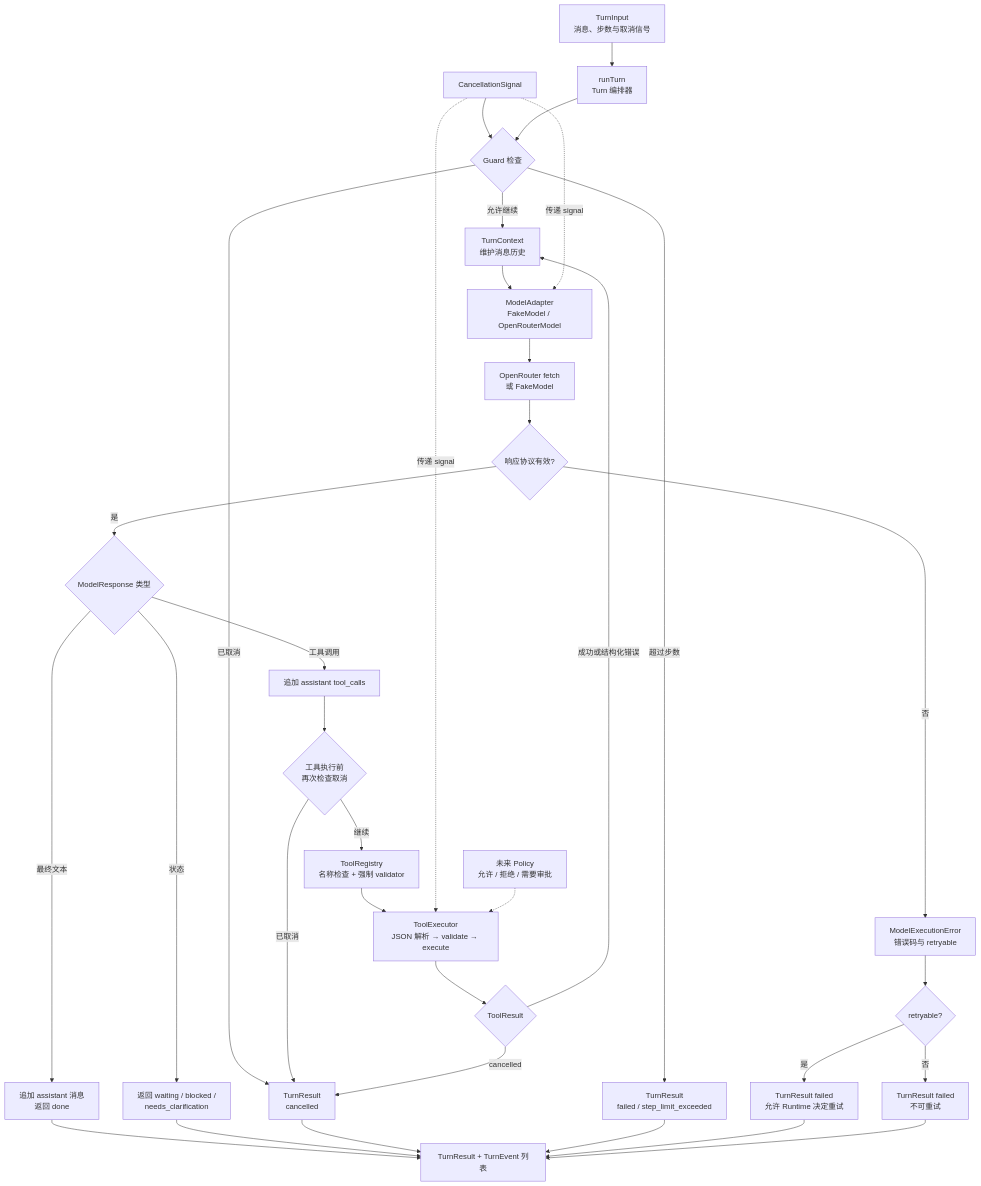
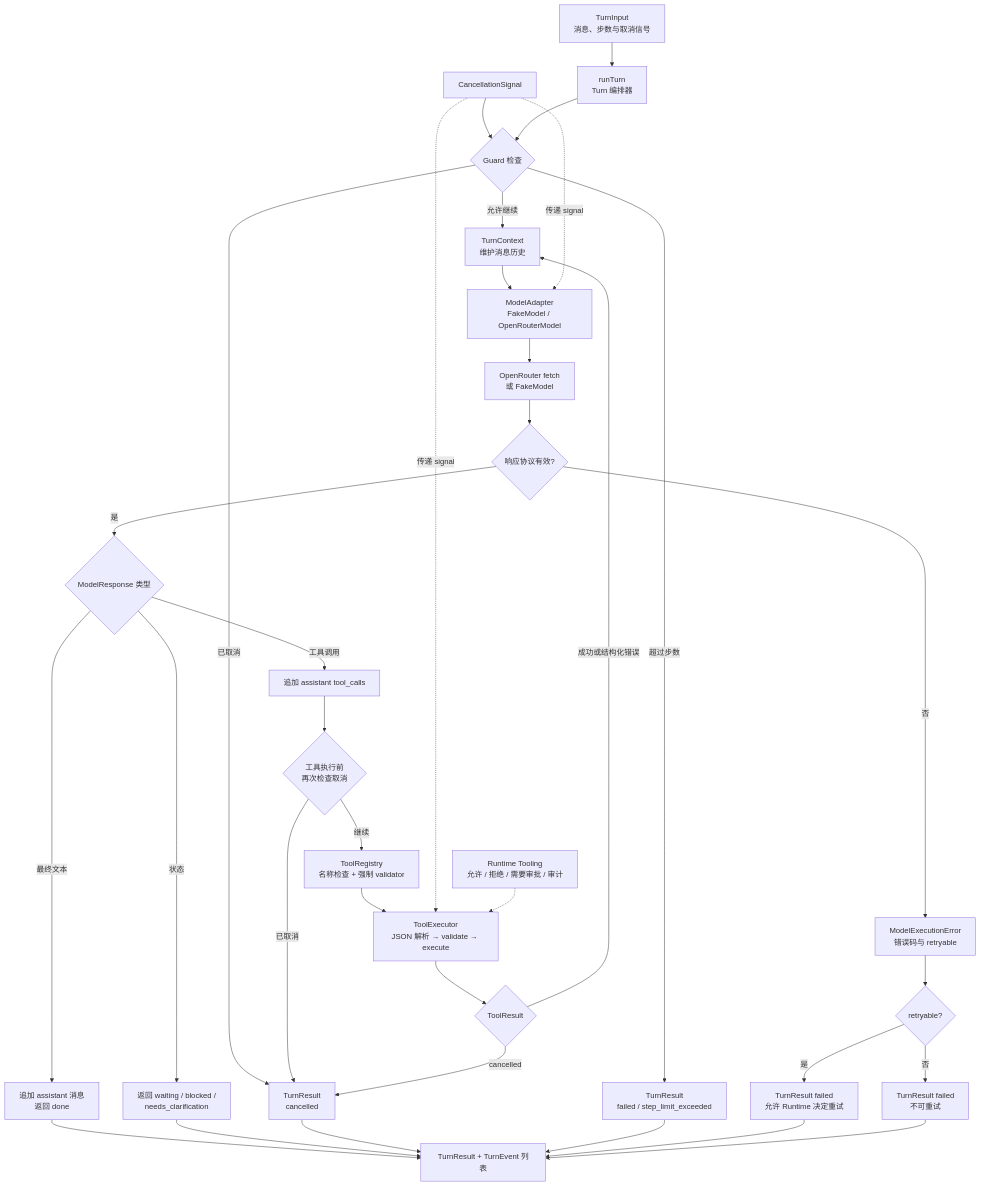
One commit to ShawnDen-coder/fastmpa changed the diagram in packages/agent-core/docs/architecture.mmd. Above: the diagram before and after it, drawn with Mermaid. The commit also changed 9 other files, not shown here.

Commit message:
Refresh architecture and product documentation

```diff
--- a/packages/agent-core/docs/architecture.mmd
+++ b/packages/agent-core/docs/architecture.mmd
@@ -1,43 +1,43 @@
 %% agent-core 一次 Turn 的控制流、取消传播与错误边界
 flowchart TD
     Input[TurnInput<br/>消息、步数与取消信号] --> Run[runTurn<br/>Turn 编排器]
     Signal[CancellationSignal] --> Guard{Guard 检查}
     Run --> Guard
 
     Guard -->|已取消| Cancel[TurnResult<br/>cancelled]
     Guard -->|超过步数| Limit[TurnResult<br/>failed / step_limit_exceeded]
     Guard -->|允许继续| Context[TurnContext<br/>维护消息历史]
 
     Context --> Model[ModelAdapter<br/>FakeModel / OpenRouterModel]
     Signal -.->|传递 signal| Model
     Model --> Provider[OpenRouter fetch<br/>或 FakeModel]
     Provider --> Parse{响应协议有效?}
     Parse -->|否| ModelError[ModelExecutionError<br/>错误码与 retryable]
     Parse -->|是| Response{ModelResponse 类型}
 
     ModelError --> Retry{retryable?}
     Retry -->|是| FailedRetry[TurnResult failed<br/>允许 Runtime 决定重试]
     Retry -->|否| FailedStop[TurnResult failed<br/>不可重试]
 
     Response -->|最终文本| Done[追加 assistant 消息<br/>返回 done]
     Response -->|状态| Status[返回 waiting / blocked /<br/>needs_clarification]
     Response -->|工具调用| Assistant[追加 assistant tool_calls]
 
     Assistant --> ToolGuard{工具执行前<br/>再次检查取消}
     ToolGuard -->|已取消| Cancel
     ToolGuard -->|继续| Registry[ToolRegistry<br/>名称检查 + 强制 validator]
     Registry --> Executor[ToolExecutor<br/>JSON 解析 → validate → execute]
     Signal -.->|传递 signal| Executor
     Executor --> ToolResult{ToolResult}
     ToolResult -->|cancelled| Cancel
     ToolResult -->|成功或结构化错误| Context
 
     Done --> Output[TurnResult + TurnEvent 列表]
     Status --> Output
     Cancel --> Output
     Limit --> Output
     FailedRetry --> Output
     FailedStop --> Output
 
-    %% Policy 不属于 agent-core，未来由 Runtime 或 Policy 层包裹工具边界
-    Policy[未来 Policy<br/>允许 / 拒绝 / 需要审批] -.-> Executor
+    %% Runtime Tooling 在 Core 之外包裹工具执行，负责策略、审批、幂等和审计
+    Policy[Runtime Tooling<br/>允许 / 拒绝 / 需要审批 / 审计] -.-> Executor
```
